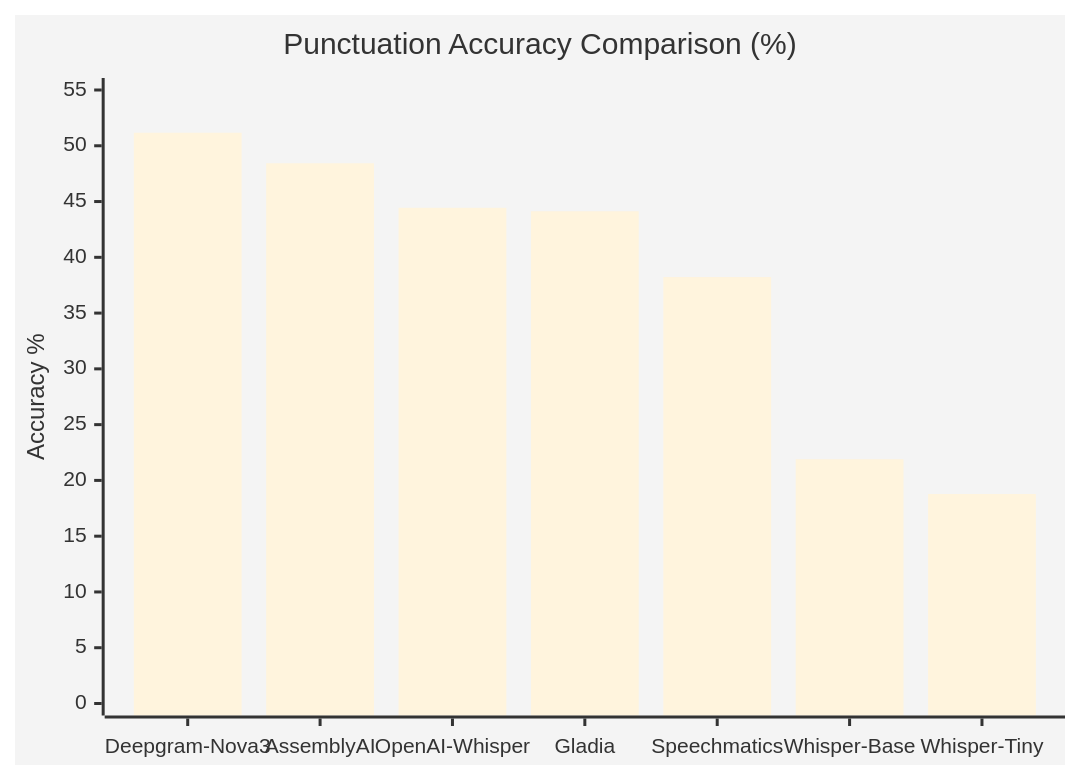
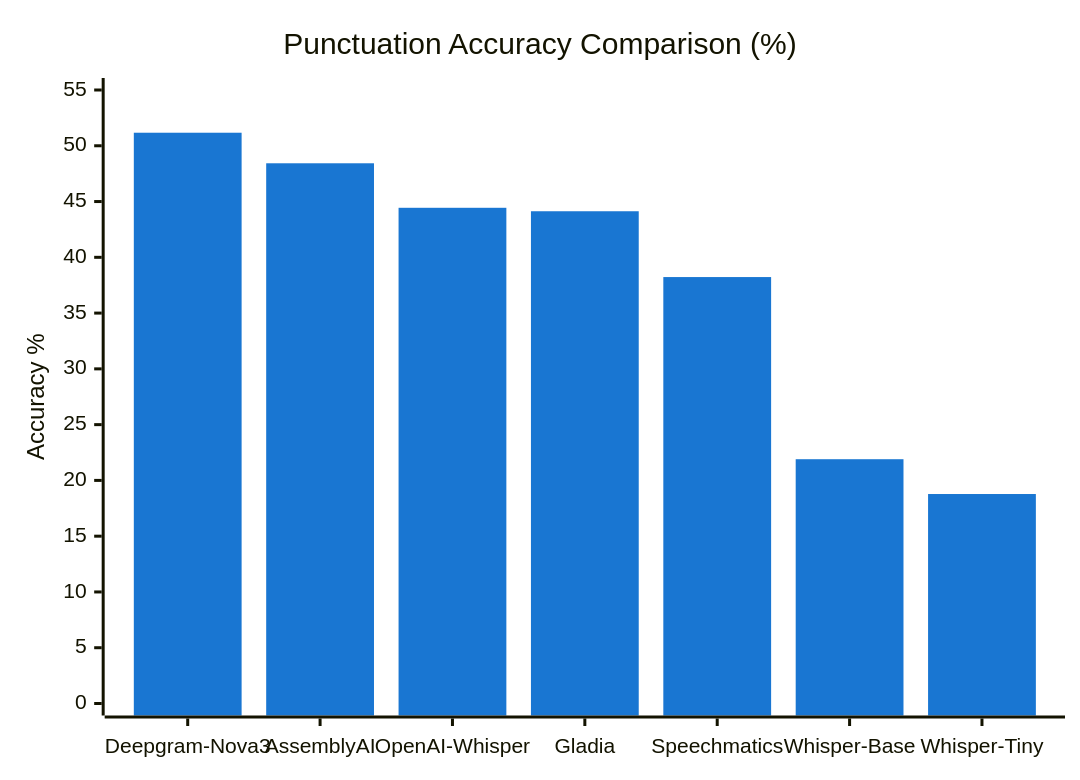
Before and after one commit to danielrosehill/Long-Form-Audio-Eval: the second of 4 diagrams in README.md, drawn with Mermaid. The commit also changed other lines of this file, not shown here.

````diff
--- a/README.md
+++ b/README.md
@@ -41,8 +47,8 @@
 ```mermaid
-%%{init: {'theme':'base'}}%%
+%%{init: {'theme':'base', 'themeVariables': {'xyChart': {'plotColorPalette': '#1976D2, #1976D2, #1976D2, #1976D2, #1976D2, #2E7D32, #2E7D32'}}}}%%
 xychart-beta
     title "Punctuation Accuracy Comparison (%)"
     x-axis [Deepgram-Nova3, AssemblyAI, OpenAI-Whisper, Gladia, Speechmatics, Whisper-Base, Whisper-Tiny]
     y-axis "Accuracy %" 0 --> 55
     bar [51.17, 48.43, 44.44, 44.13, 38.23, 21.90, 18.78]
 ```
````
